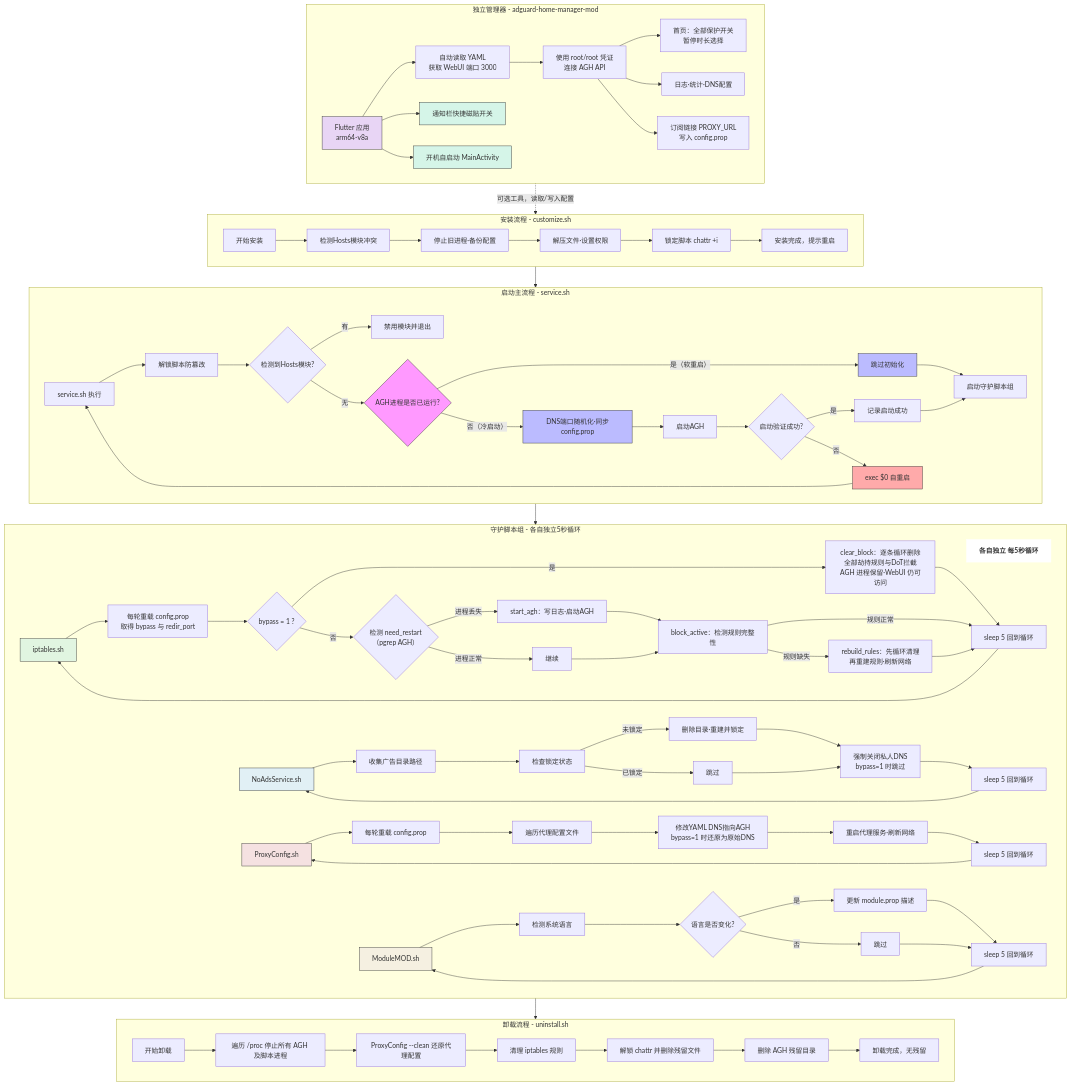
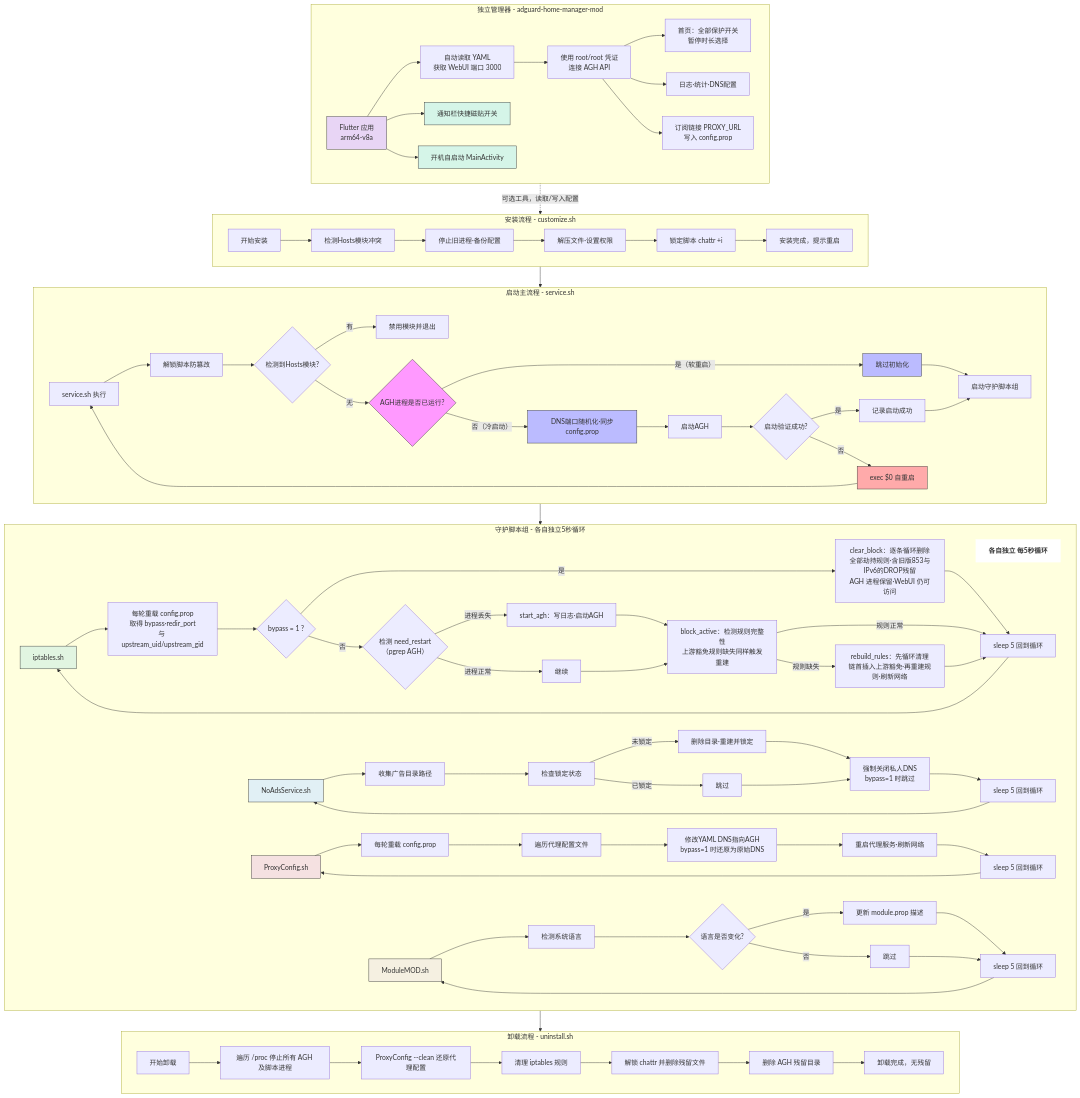
Before and after one commit to schalkiii/Adguard-Home-For-Magisk-Mod: the diagram in README.md, drawn with Mermaid. The commit also changed other lines of this file and 9 other files, not shown here.

```diff
--- a/README.md
+++ b/README.md
@@ -54,16 +54,16 @@
         DIR[<b>各自独立 每5秒循环</b>]
 
         D1["iptables.sh"]
-            D1 --> D1A[每轮重载 config.prop<br>取得 bypass 与 redir_port]
+            D1 --> D1A[每轮重载 config.prop<br>取得 bypass·redir_port<br>与 upstream_uid/upstream_gid]
         D1A --> D1Z{bypass = 1 ?}
-        D1Z -->|是| D1H[clear_block：逐条循环删除<br>全部劫持规则与DoT拦截<br>AGH 进程保留·WebUI 仍可访问]
+        D1Z -->|是| D1H[clear_block：逐条循环删除<br>全部劫持规则·含旧版853与IPv6的DROP残留<br>AGH 进程保留·WebUI 仍可访问]
         D1H --> D1G
         D1Z -->|否| D1B{检测 need_restart<br>（pgrep AGH）}
         D1B -->|进程丢失| D1C[start_agh：写日志·启动AGH]
         D1B -->|进程正常| D1D[继续]
-        D1C --> D1E[block_active：检测规则完整性]
+        D1C --> D1E[block_active：检测规则完整性<br>上游豁免规则缺失同样触发重建]
         D1D --> D1E
-        D1E -->|规则缺失| D1F[rebuild_rules：先循环清理<br>再重建规则·刷新网络]
+        D1E -->|规则缺失| D1F[rebuild_rules：先循环清理<br>链首插入上游豁免·再重建规则·刷新网络]
         D1E -->|规则正常| D1G[sleep 5 回到循环]
         D1F --> D1G
         D1G --> D1
```
